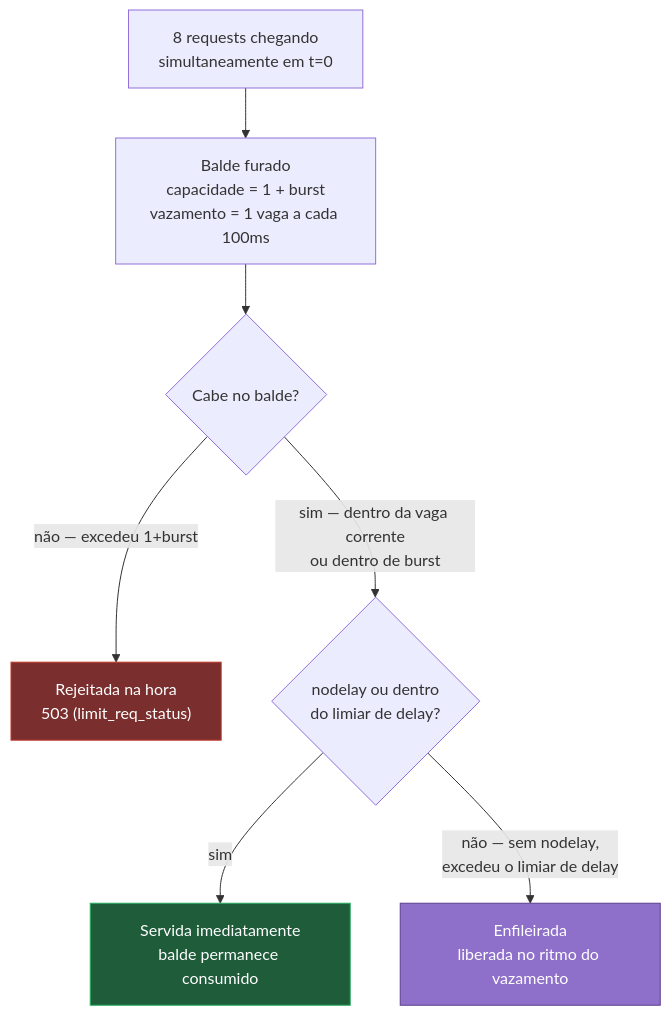
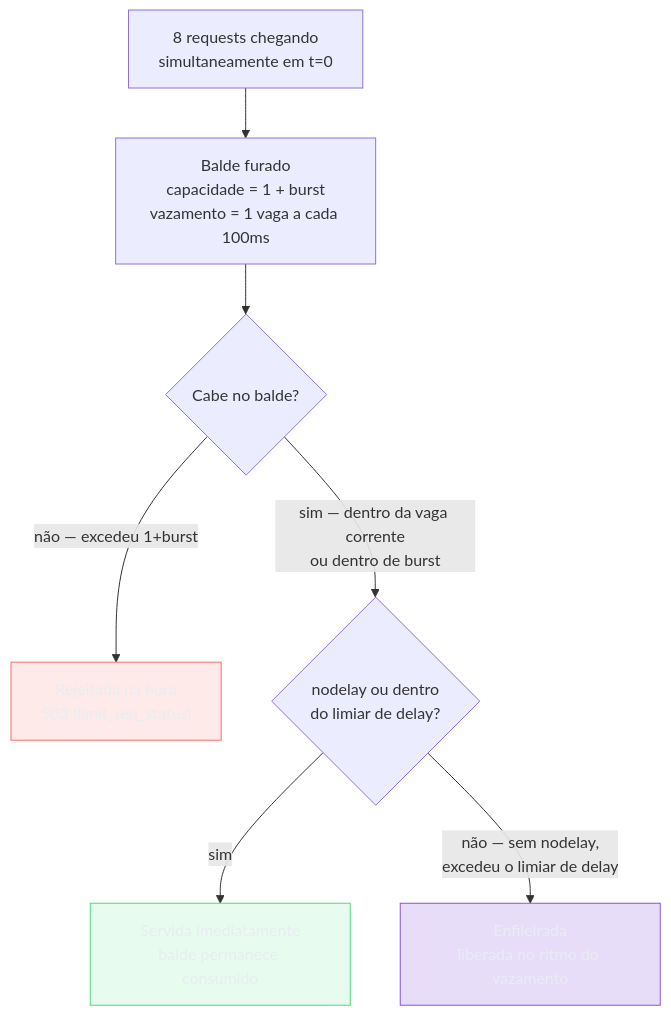
One commit to josenaldo/codex-technomanticus changed the first of 2 diagrams in 03-Dominios/Tecnologia/Infraestrutura/Nginx/11 - Limitar e comprimir.md. Above: the diagram before and after it, drawn with Mermaid. The commit also changed other lines of this file and 1181 other files, not shown here.

First line of the commit message:
fix(diagramas): paleta do sistema no lugar de cor cravada no markdown

````diff
--- a/03-Dominios/Tecnologia/Infraestrutura/Nginx/11 - Limitar e comprimir.md
+++ b/03-Dominios/Tecnologia/Infraestrutura/Nginx/11 - Limitar e comprimir.md
@@ -55,13 +55,16 @@
 ```mermaid
 graph TB
+    classDef falha fill:#FF6B6B24,stroke:#FF6B6B,color:#E9ECF2
+    classDef ok fill:#4ADE8021,stroke:#4ADE80,color:#E9ECF2
+    classDef marca fill:#8855DF33,stroke:#8855DF,color:#E9ECF2
     R["8 requests chegando<br/>simultaneamente em t=0"] --> B["Balde furado<br/>capacidade = 1 + burst<br/>vazamento = 1 vaga a cada 100ms"]
     B --> D1{"Cabe no balde?"}
     D1 -->|"não — excedeu 1+burst"| Rej["Rejeitada na hora<br/>503 (limit_req_status)"]
     D1 -->|"sim — dentro da vaga corrente<br/>ou dentro de burst"| D2{"nodelay ou dentro<br/>do limiar de delay?"}
     D2 -->|"sim"| Imed["Servida imediatamente<br/>balde permanece consumido"]
     D2 -->|"não — sem nodelay,<br/>excedeu o limiar de delay"| Fila["Enfileirada<br/>liberada no ritmo do vazamento"]
 
-    style Rej fill:#7a2e2e,stroke:#c0392b,color:#fff
-    style Imed fill:#1e5c3a,stroke:#27ae60,color:#fff
-    style Fila fill:#8e6fc9,stroke:#5a3f8f,color:#fff
+    class Rej falha
+    class Imed ok
+    class Fila marca
 ```
````
